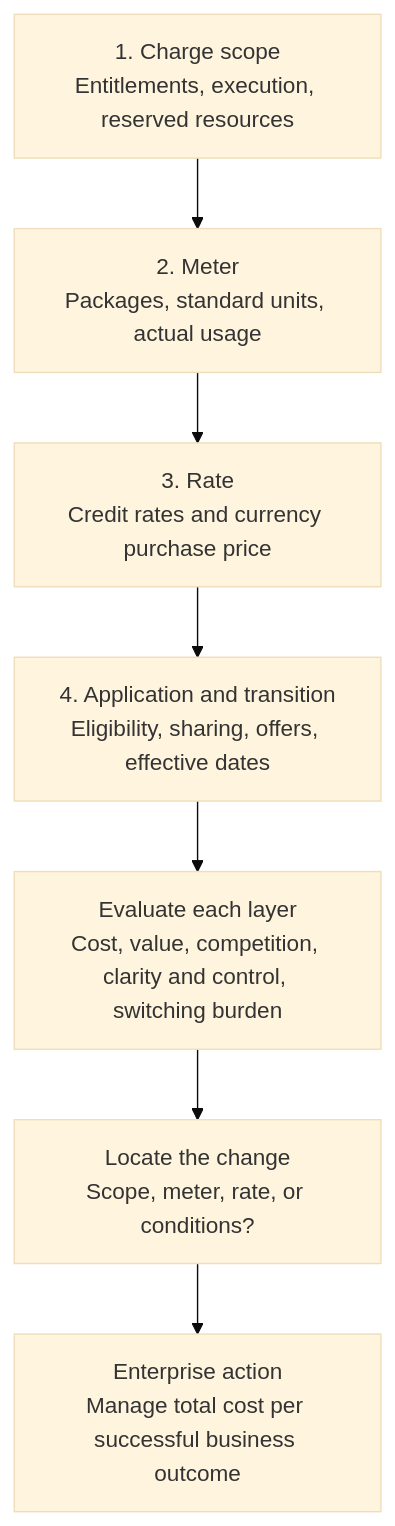
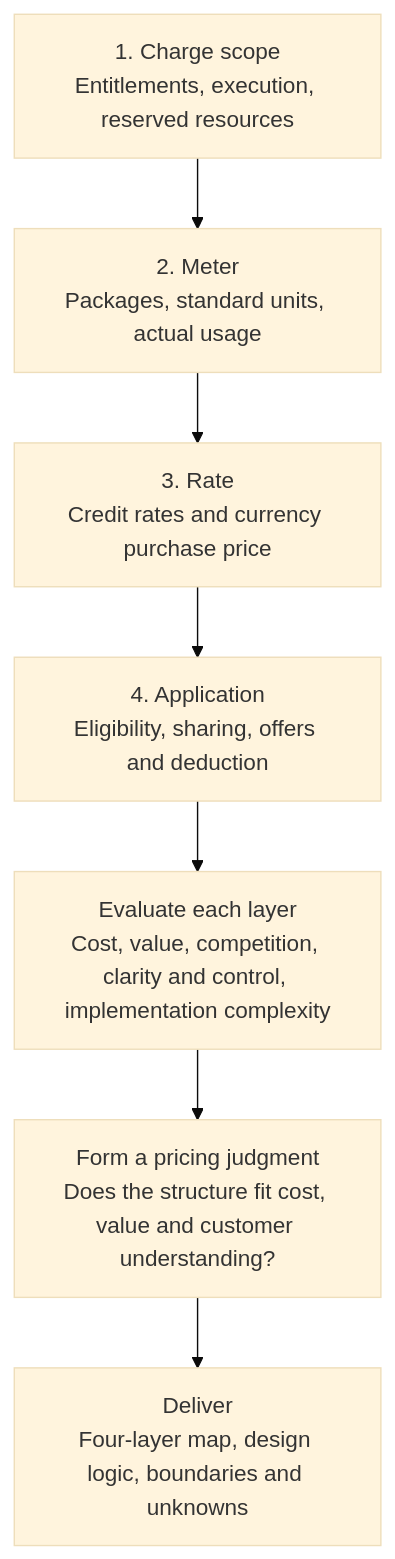
Before and after one commit to yue940209/AI-pricing-logic: the second of 3 diagrams in references/framework.md, drawn with Mermaid (base theme). The commit also changed other lines of this file, not shown here.

Commit message:
Focus skill on pricing logic framework

````diff
--- a/references/framework.md
+++ b/references/framework.md
@@ -17,9 +17,9 @@
 ```mermaid
 flowchart TD
     A[1. Charge scope<br/>Entitlements, execution, reserved resources] --> B[2. Meter<br/>Packages, standard units, actual usage]
     B --> C[3. Rate<br/>Credit rates and currency purchase price]
-    C --> D[4. Application and transition<br/>Eligibility, sharing, offers, effective dates]
-    D --> E[Evaluate each layer<br/>Cost, value, competition, clarity and control, switching burden]
-    E --> F[Locate the change<br/>Scope, meter, rate, or conditions?]
-    F --> G[Enterprise action<br/>Manage total cost per successful business outcome]
+    C --> D[4. Application<br/>Eligibility, sharing, offers and deduction]
+    D --> E[Evaluate each layer<br/>Cost, value, competition, clarity and control, implementation complexity]
+    E --> F[Form a pricing judgment<br/>Does the structure fit cost, value and customer understanding?]
+    F --> G[Deliver<br/>Four-layer map, design logic, boundaries and unknowns]
 ```
````
